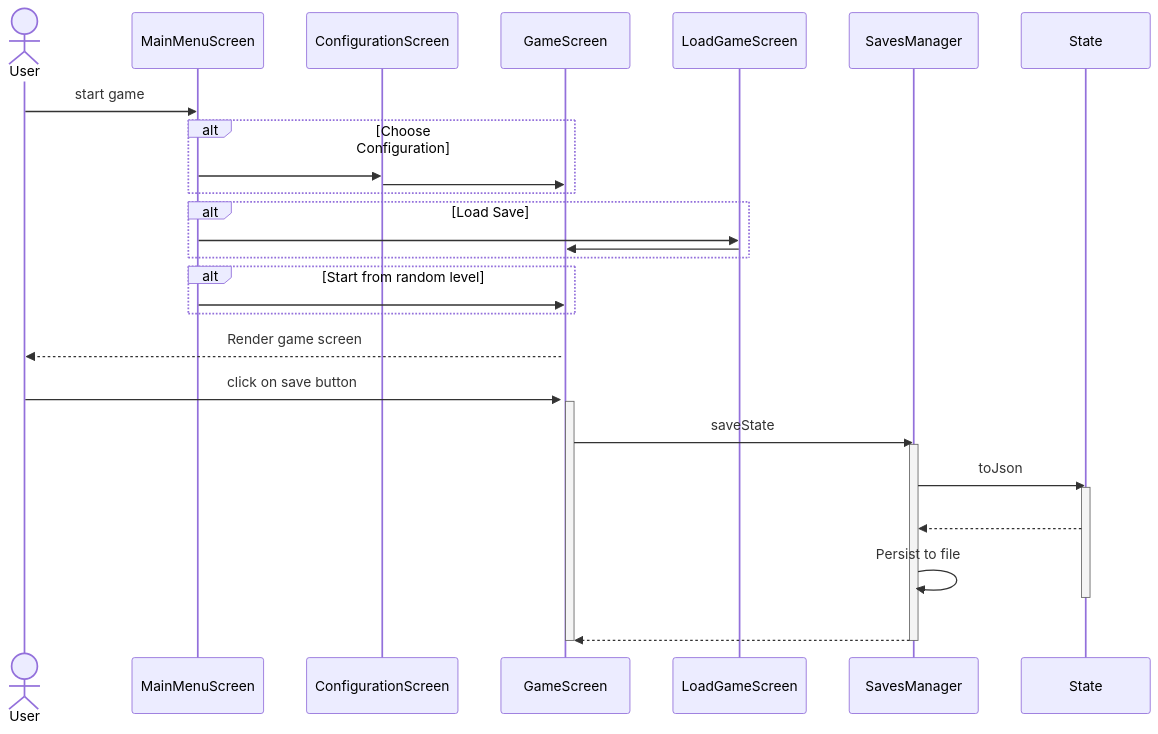
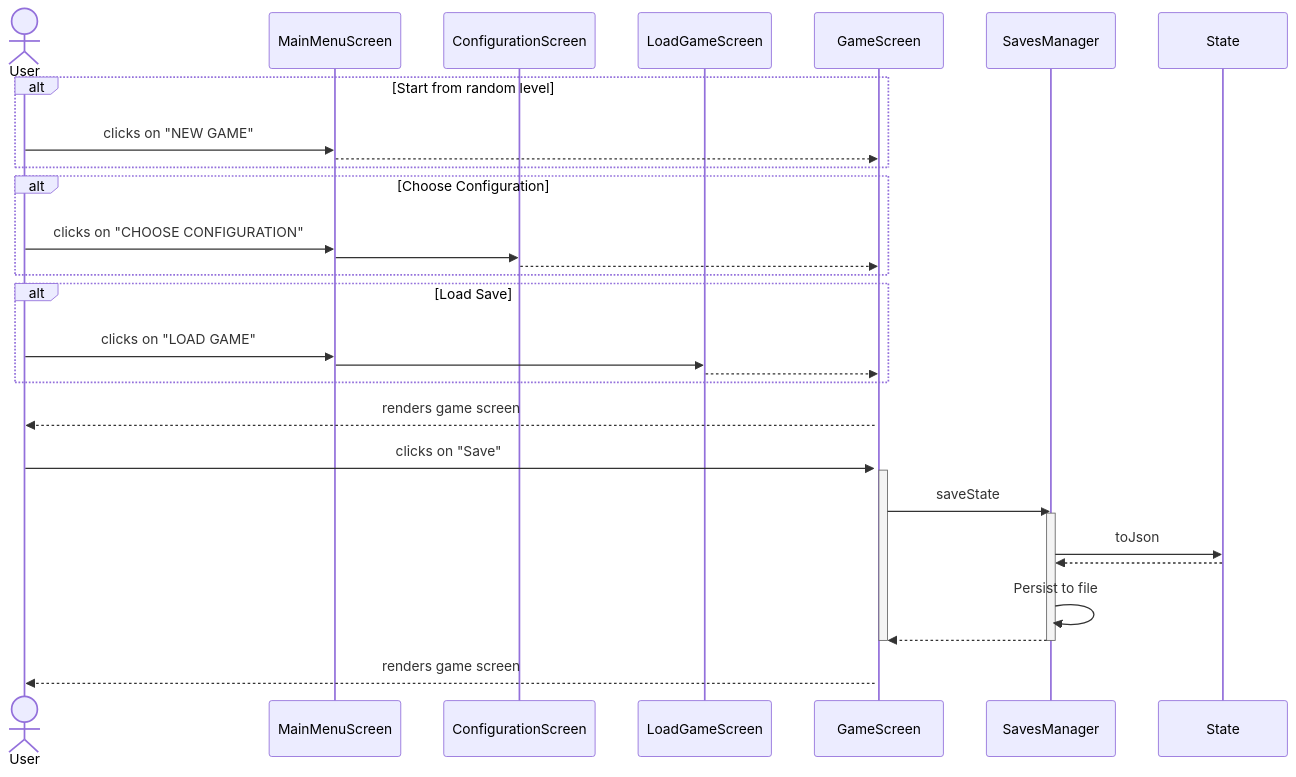
The eighth of 10 diagrams in docs/sequence_diagram/index.md (BIRSAx2/klotski), drawn with Mermaid before and after one commit. The commit also changed other lines of this file, not shown here.

Commit message:
Improved internal sequence diagram. Added NextBestMove sequence diagram

````diff
--- a/docs/sequence_diagram/index.md
+++ b/docs/sequence_diagram/index.md
@@ -303,36 +341,48 @@
 ```mermaid
 sequenceDiagram
 actor User
     actor User
-    User ->> MainMenuScreen: start game
+    participant MainMenuScreen
+    participant ConfigurationScreen
+    participant LoadGameScreen
+    participant GameScreen
+    participant SavesManager
+    participant State
+
+    alt Start from random level 
+        User ->> MainMenuScreen: clicks on "NEW GAME"
+        MainMenuScreen -->> GameScreen: 
+    end
     
     alt Choose Configuration
+        User ->> MainMenuScreen: clicks on "CHOOSE CONFIGURATION"
         MainMenuScreen ->> ConfigurationScreen: 
-        ConfigurationScreen ->> GameScreen: 
+        ConfigurationScreen -->> GameScreen: 
     end
 
     alt Load Save
+        User ->> MainMenuScreen: clicks on "LOAD GAME"
         MainMenuScreen ->> LoadGameScreen: 
-        LoadGameScreen ->> GameScreen: 
+        LoadGameScreen -->> GameScreen: 
     end
     
-    alt Start from random level 
-        MainMenuScreen ->> GameScreen: 
-    end
+
     activate GameScreen
-    GameScreen -->> User: Render game screen
+    GameScreen -->> User: renders game screen
     
-    User ->> GameScreen : click on save button
+    User ->> GameScreen : clicks on "Save"
     activate GameScreen
     GameScreen ->> SavesManager : saveState
     activate SavesManager
+
     SavesManager ->> State : toJson
+    State -->> SavesManager : 
 
-    activate State
-    State -->> SavesManager : #32; 
     SavesManager ->> SavesManager: Persist to file
-    deactivate State
-    SavesManager -->> GameScreen : #32; 
+    SavesManager -->> GameScreen : 
+
     deactivate SavesManager
     deactivate GameScreen
+    
+    GameScreen -->> User: renders game screen
 ```
````
